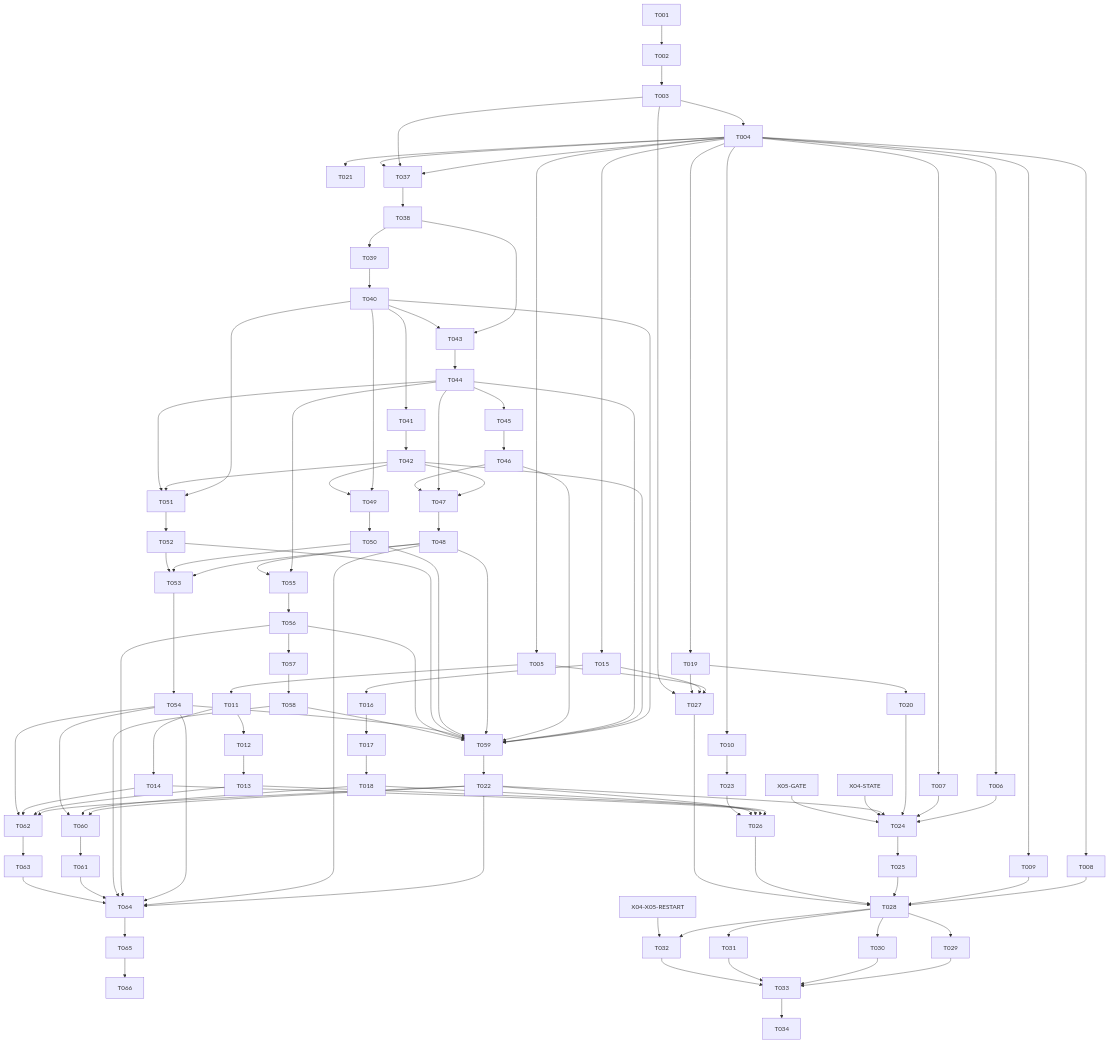
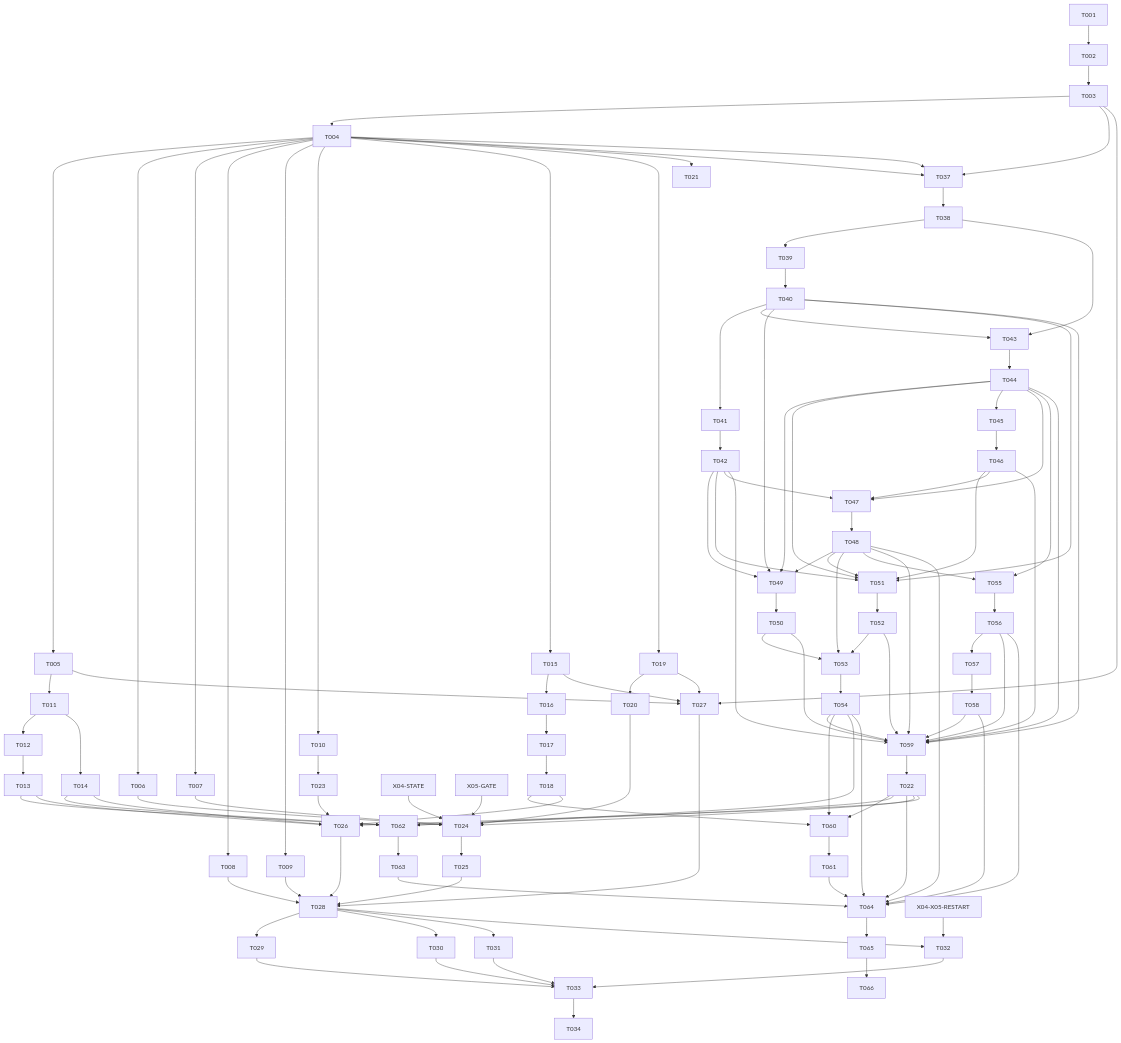
Before and after one commit to pminhtaiii/slop-loop: the diagram in specs/001-verified-code-repair/tasks.md, drawn with Mermaid. The commit also changed other lines of this file and 2 other files, not shown here.

````diff
--- a/specs/001-verified-code-repair/tasks.md
+++ b/specs/001-verified-code-repair/tasks.md
@@ -251,33 +251,33 @@
 ```mermaid
 flowchart TD
     T001 --> T002 --> T003 --> T004
     T004 --> T005 & T006 & T007 & T008 & T009 & T010 & T015 & T019 & T021 & T037
     T005 --> T011
     T011 --> T012 --> T013
     T011 --> T014
     T015 --> T016 --> T017 --> T018
     T019 --> T020
     T010 --> T023
     T003 & T004 --> T037 --> T038 --> T039 --> T040 --> T041 --> T042
     T038 & T040 --> T043 --> T044
-    T040 & T042 --> T049 --> T050
-    T040 & T042 & T044 --> T051 --> T052
+    T040 & T042 & T044 & T048 --> T049 --> T050
+    T040 & T042 & T044 & T046 & T048 --> T051 --> T052
     T044 --> T045 --> T046
     T042 & T044 & T046 --> T047 --> T048
     T048 & T050 & T052 --> T053 --> T054
     T044 & T048 --> T055 --> T056 --> T057 --> T058
     T040 & T042 & T044 & T046 & T048 & T050 & T052 & T054 & T056 & T058 --> T059 --> T022
     T022 & T018 & T054 --> T060 --> T061
     T022 & T013 & T014 & T054 --> T062 --> T063
     T022 & T048 & T054 & T056 & T058 & T061 & T063 --> T064 --> T065 --> T066
     T006 & T007 & T020 & T022 --> T024
     X04[X04-STATE] --> T024
     X05[X05-GATE] --> T024
     T024 --> T025
     T013 & T014 & T018 & T022 & T023 --> T026
     T005 & T015 & T019 & T003 --> T027
     T008 & T009 & T025 & T026 & T027 --> T028
     T028 --> T029 & T030 & T031 & T032
     XR[X04-X05-RESTART] --> T032
     T029 & T030 & T031 & T032 --> T033 --> T034
 ```
````
